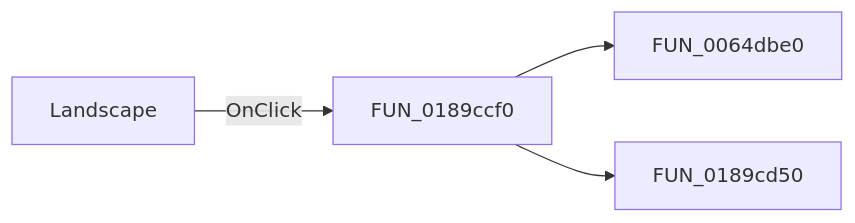
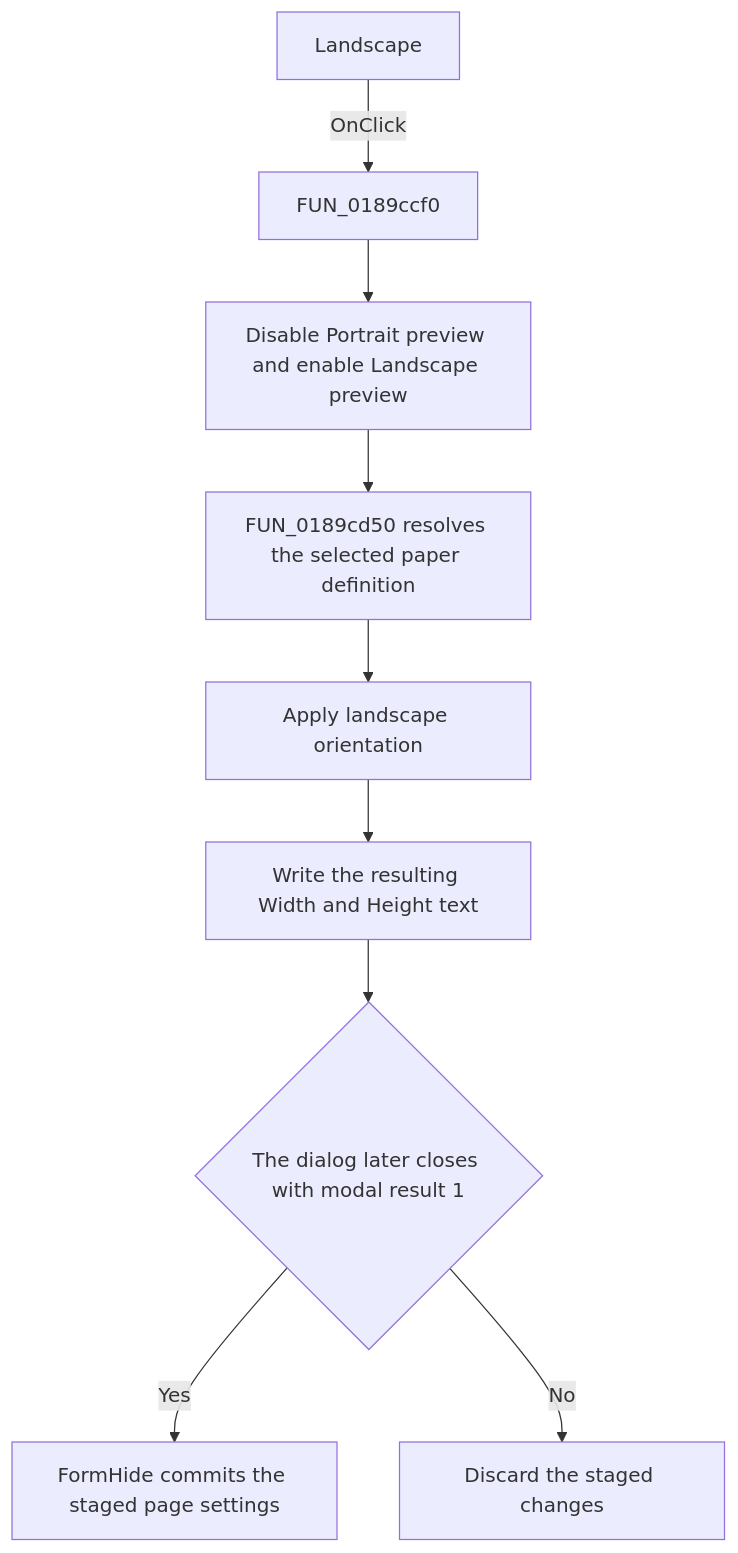
One commit to MovGP0/TIARA changed the diagram in docs/ui-controls/frxpagesettingsform/landscaperb-5b499a1acd.md. Above: the diagram before and after it, drawn with Mermaid. The commit also changed other lines of this file and 387 other files, not shown here.

````diff
--- a/docs/ui-controls/frxpagesettingsform/landscaperb-5b499a1acd.md
+++ b/docs/ui-controls/frxpagesettingsform/landscaperb-5b499a1acd.md
@@ -27,6 +42,11 @@
 ```mermaid
-flowchart LR
+flowchart TD
     control["Landscape"] -->|OnClick| handler["FUN_0189ccf0"]
-    handler --> call1["FUN_0064dbe0"]
-    handler --> call2["FUN_0189cd50"]
+    handler --> previews["Disable Portrait preview and enable Landscape preview"]
+    previews --> size["FUN_0189cd50 resolves the selected paper definition"]
+    size --> orient["Apply landscape orientation"]
+    orient --> edits["Write the resulting Width and Height text"]
+    edits --> commit{"The dialog later closes with modal result 1"}
+    commit -->|Yes| page["FormHide commits the staged page settings"]
+    commit -->|No| discard["Discard the staged changes"]
 ```
````
